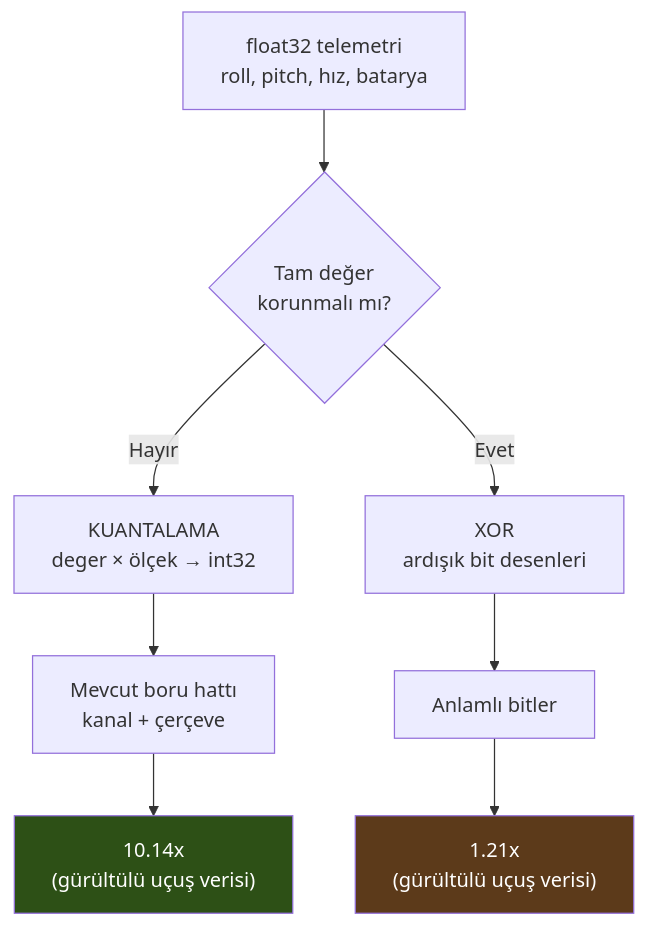
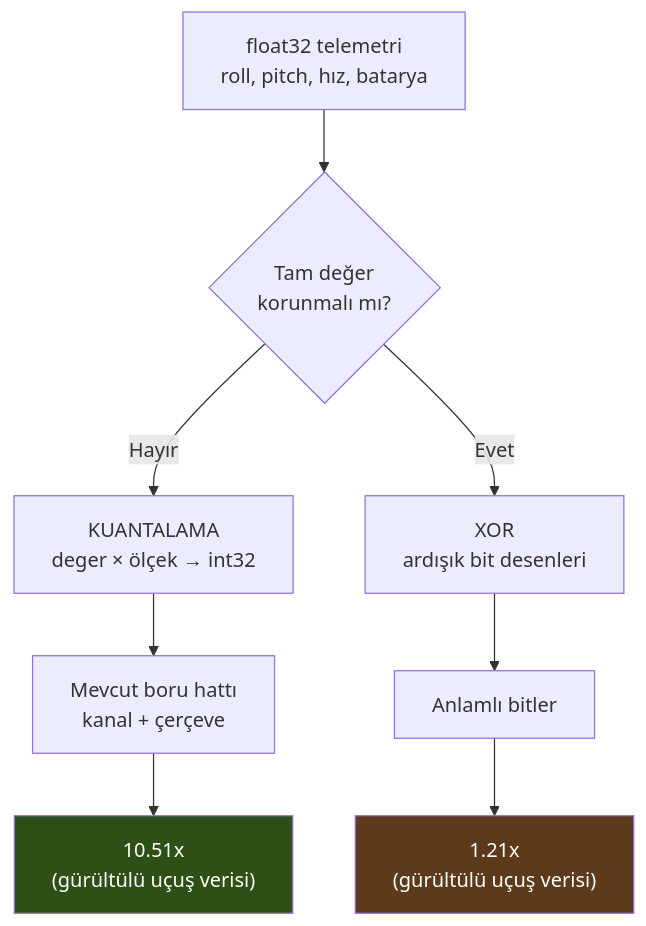
The fifth of 5 diagrams in belgeler/AKIS_SEMASI.md (imrankagan/elBariProject), drawn with Mermaid before and after one commit. The commit also changed other lines of this file and 6 other files, not shown here.

````diff
--- a/belgeler/AKIS_SEMASI.md
+++ b/belgeler/AKIS_SEMASI.md
@@ -244,16 +244,16 @@
 ```mermaid
 flowchart TD
     A["float32 telemetri<br/>roll, pitch, hız, batarya"] --> B{"Tam değer<br/>korunmalı mı?"}
 
     B -->|"Hayır"| C["KUANTALAMA<br/>deger × ölçek → int32"]
     B -->|"Evet"| D["XOR<br/>ardışık bit desenleri"]
 
     C --> E["Mevcut boru hattı<br/>kanal + çerçeve"]
-    E --> F["10.14x<br/>(gürültülü uçuş verisi)"]
+    E --> F["10.51x<br/>(gürültülü uçuş verisi)"]
 
     D --> G["Anlamlı bitler"]
     G --> H["1.21x<br/>(gürültülü uçuş verisi)"]
 
     style F fill:#2d5016,color:#fff
     style H fill:#5c3a1a,color:#fff
 ```
````
